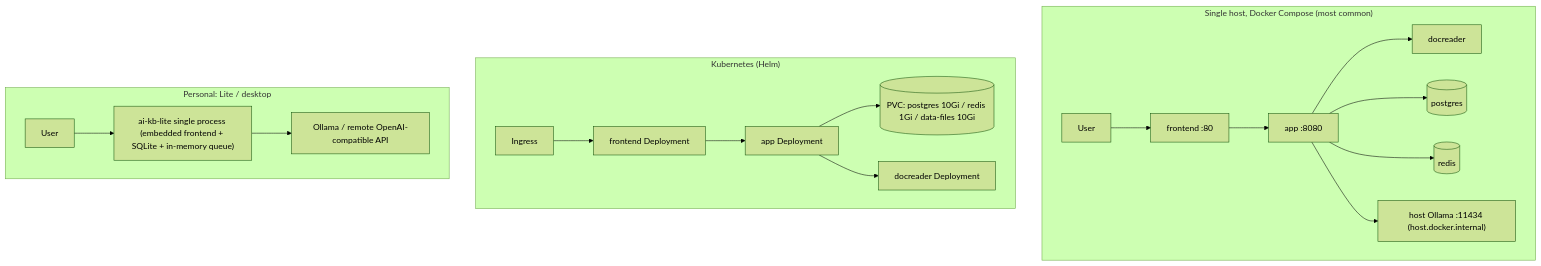
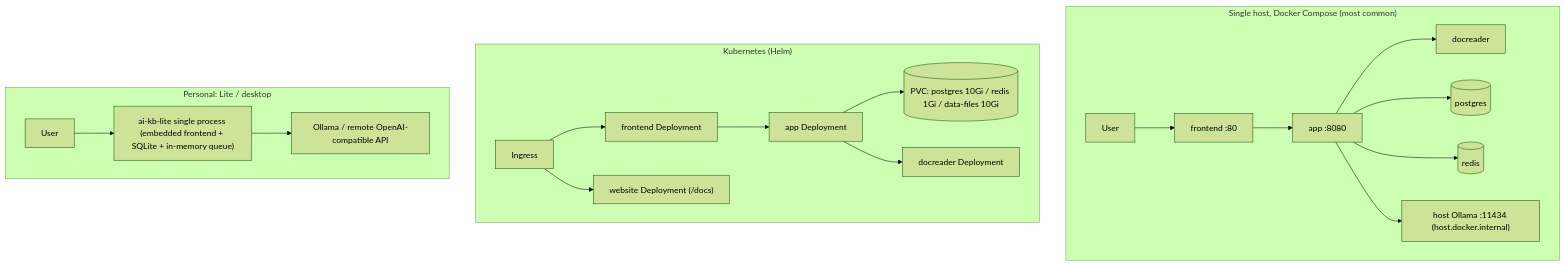
One commit to jrmatherly/ai-kb changed the second of 2 diagrams in website-docs/01-getting-started/02-installation.md. Above: the diagram before and after it, drawn with Mermaid (forest theme). The commit also changed other lines of this file and 6 other files, not shown here.

First line of the commit message:
docs: bring the chart, release and validate notes up to date

````diff
--- a/website-docs/01-getting-started/02-installation.md
+++ b/website-docs/01-getting-started/02-installation.md
@@ -295,22 +295,23 @@
 ```mermaid
 flowchart TB
     subgraph host["Single host, Docker Compose (most common)"]
         direction LR
         U1["User"] --> N1["frontend :80"] --> A1["app :8080"]
         A1 --> D1["docreader"]
         A1 --> P1[("postgres")]
         A1 --> R1[("redis")]
         A1 --> O1["host Ollama :11434 (host.docker.internal)"]
     end
     subgraph k8s["Kubernetes (Helm)"]
         direction LR
         ING["Ingress"] --> FE2["frontend Deployment"] --> A2["app Deployment"]
+        ING --> W2["website Deployment (/docs)"]
         A2 --> PVC1[("PVC: postgres 10Gi / redis 1Gi / data-files 10Gi")]
         A2 --> D2["docreader Deployment"]
     end
     subgraph laptop["Personal: Lite / desktop"]
         direction LR
         U3["User"] --> L1["ai-kb-lite single process (embedded frontend + SQLite + in-memory queue)"]
         L1 --> O3["Ollama / remote OpenAI-compatible API"]
     end
 ```
````
